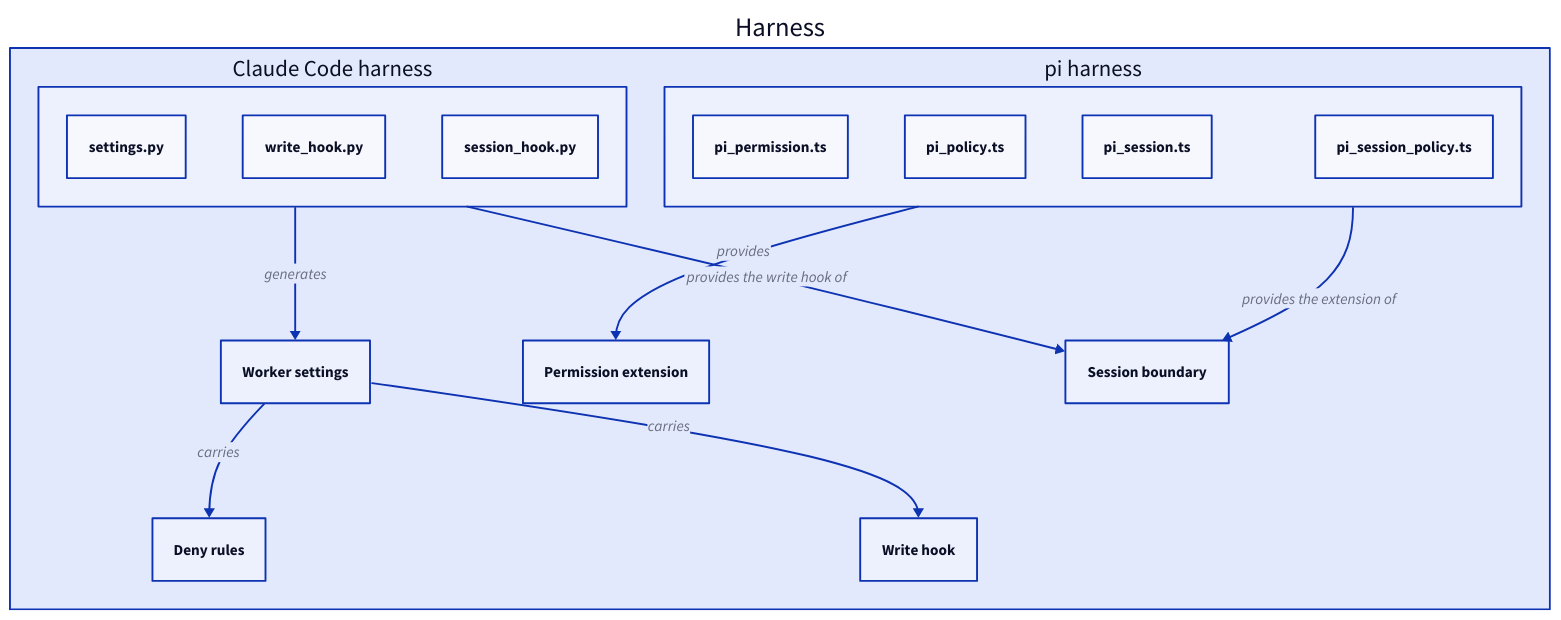
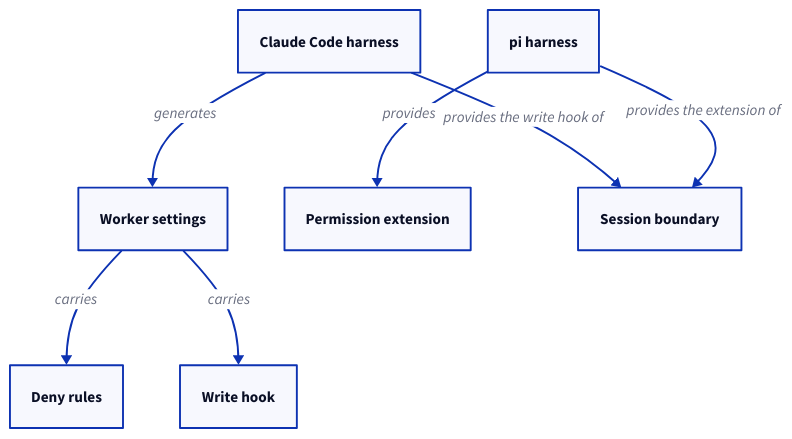
One commit to FTOD/concorde changed the diagram in specs/concorde/harness/module.md. Above: the diagram before and after it, drawn with D2. The commit also changed other lines of this file and 43 other files, not shown here.

````diff
--- a/specs/concorde/harness/module.md
+++ b/specs/concorde/harness/module.md
@@ -172,26 +199,15 @@
 ```d2
-harness: Harness {
-  claude: Claude Code harness {
-    "settings.py"
-    "write_hook.py"
-    "session_hook.py"
-  }
-  pi: pi harness {
-    "pi_permission.ts"
-    "pi_policy.ts"
-    "pi_session.ts"
-    "pi_session_policy.ts"
-  }
-  settings: Worker settings
-  deny: Deny rules
-  hook: Write hook
-  ext: Permission extension
-  session: Session boundary
-  claude -> settings: generates
-  settings -> deny: carries
-  settings -> hook: carries
-  pi -> ext: provides
-  claude -> session: provides the write hook of
-  pi -> session: provides the extension of
-}
+claude: Claude Code harness
+pi: pi harness
+settings: Worker settings
+deny: Deny rules
+hook: Write hook
+ext: Permission extension
+session: Session boundary
+claude -> settings: generates
+settings -> deny: carries
+settings -> hook: carries
+pi -> ext: provides
+claude -> session: provides the write hook of
+pi -> session: provides the extension of
 ```
````
